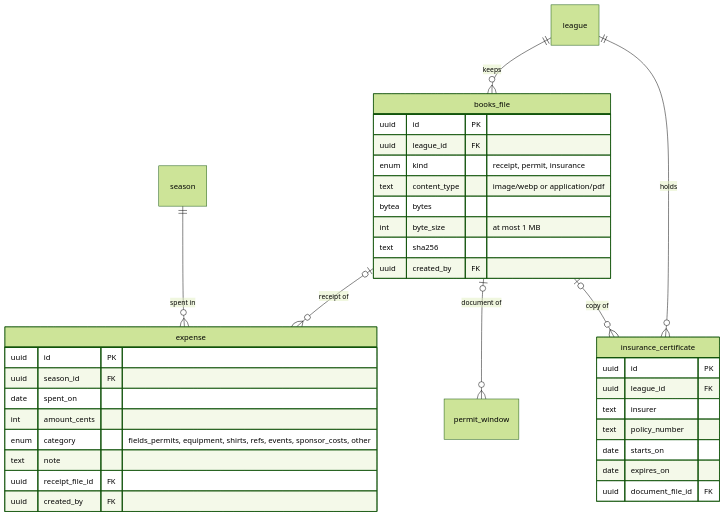
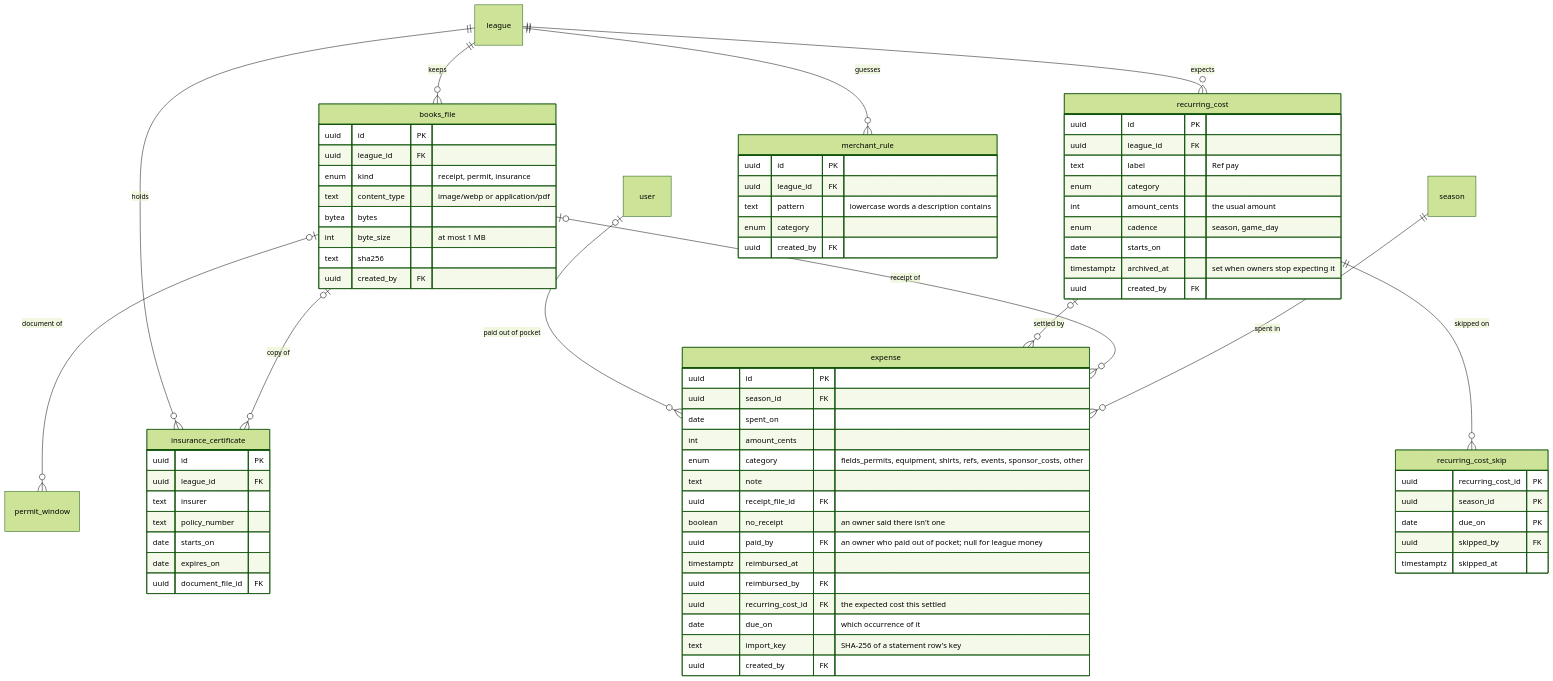
The eighth of 12 diagrams in docs/data-model.md (michael-fesselmeyer/kickball-league), drawn with Mermaid (forest theme) before and after one commit. The commit also changed other lines of this file and 12 other files, not shown here.

````diff
--- a/docs/data-model.md
+++ b/docs/data-model.md
@@ -1521,39 +1521,76 @@
 ```mermaid
 erDiagram
   league ||--o{ books_file : keeps
   season ||--o{ expense : "spent in"
   books_file |o--o{ expense : "receipt of"
   books_file |o--o{ permit_window : "document of"
   books_file |o--o{ insurance_certificate : "copy of"
   league ||--o{ insurance_certificate : holds
+  league ||--o{ recurring_cost : expects
+  recurring_cost |o--o{ expense : "settled by"
+  recurring_cost ||--o{ recurring_cost_skip : "skipped on"
+  league ||--o{ merchant_rule : guesses
+  user |o--o{ expense : "paid out of pocket"
 
   books_file {
     uuid id PK
     uuid league_id FK
     enum kind "receipt, permit, insurance"
     text content_type "image/webp or application/pdf"
     bytea bytes
     int byte_size "at most 1 MB"
     text sha256
     uuid created_by FK
   }
   expense {
     uuid id PK
     uuid season_id FK
     date spent_on
     int amount_cents
     enum category "fields_permits, equipment, shirts, refs, events, sponsor_costs, other"
     text note
     uuid receipt_file_id FK
+    boolean no_receipt "an owner said there isn't one"
+    uuid paid_by FK "an owner who paid out of pocket; null for league money"
+    timestamptz reimbursed_at
+    uuid reimbursed_by FK
+    uuid recurring_cost_id FK "the expected cost this settled"
+    date due_on "which occurrence of it"
+    text import_key "SHA-256 of a statement row's key"
+    uuid created_by FK
+  }
+  recurring_cost {
+    uuid id PK
+    uuid league_id FK
+    text label "Ref pay"
+    enum category
+    int amount_cents "the usual amount"
+    enum cadence "season, game_day"
+    date starts_on
+    timestamptz archived_at "set when owners stop expecting it"
+    uuid created_by FK
+  }
+  recurring_cost_skip {
+    uuid recurring_cost_id PK
+    uuid season_id PK
+    date due_on PK
+    uuid skipped_by FK
+    timestamptz skipped_at
+  }
+  merchant_rule {
+    uuid id PK
+    uuid league_id FK
+    text pattern "lowercase words a description contains"
+    enum category
     uuid created_by FK
   }
   insurance_certificate {
     uuid id PK
     uuid league_id FK
     text insurer
     text policy_number
     date starts_on
     date expires_on
     uuid document_file_id FK
   }
 ```
````
